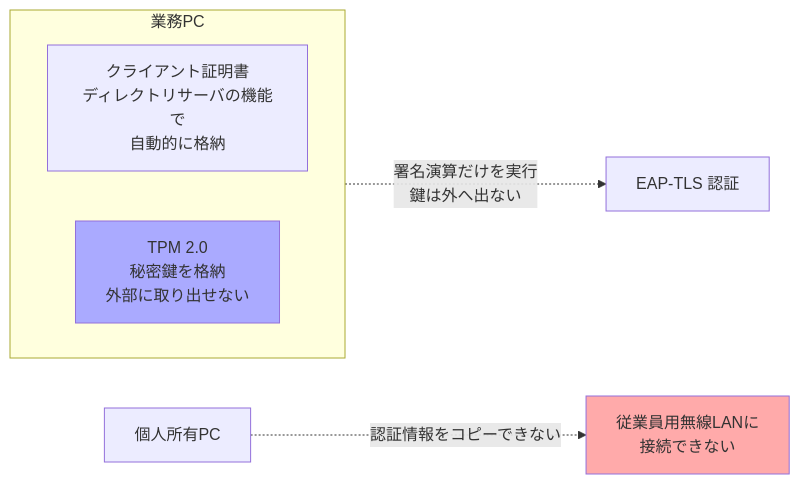
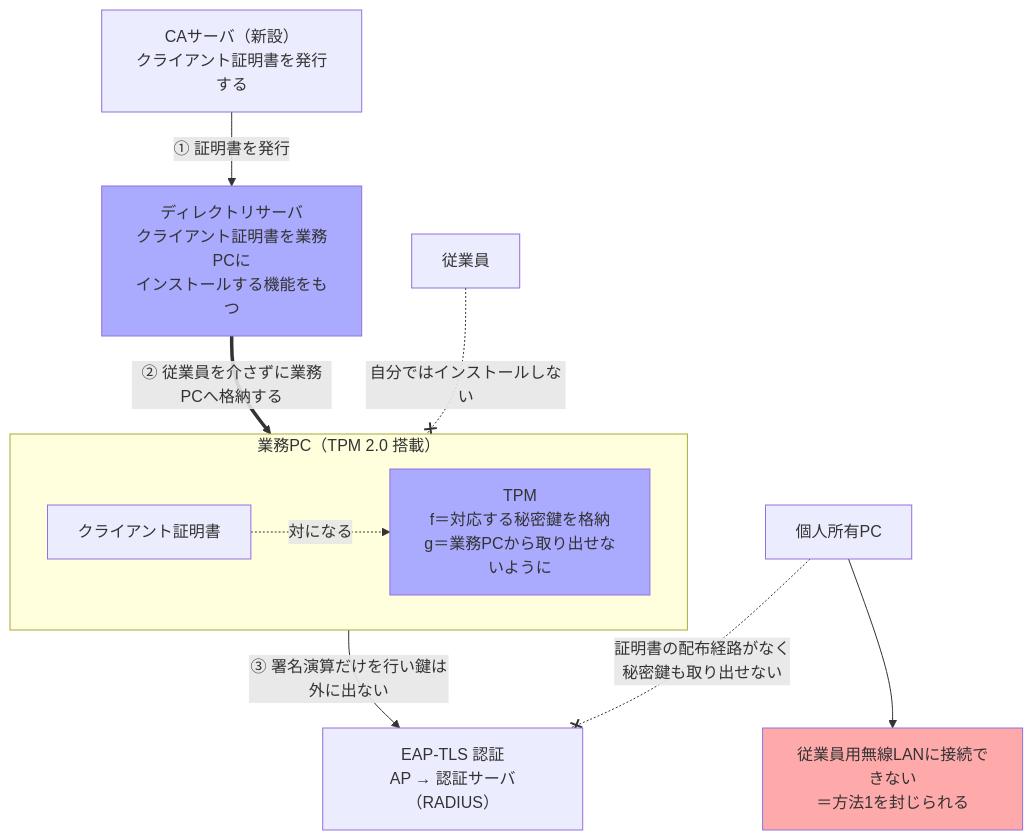
Before and after one commit to self-study-engineer/study-technology: the tenth of 28 diagrams in セキュリティ/情報処理安全確保支援士/令和5年度_秋期_午後_解説.md, drawn with Mermaid. The commit also changed other lines of this file and 2 other files, not shown here.

````diff
--- a/セキュリティ/情報処理安全確保支援士/令和5年度_秋期_午後_解説.md
+++ b/セキュリティ/情報処理安全確保支援士/令和5年度_秋期_午後_解説.md
@@ -583,12 +585,19 @@
 ```mermaid
-flowchart LR
-  subgraph PC["業務PC"]
+flowchart TD
+  CA["CAサーバ（新設）<br/>クライアント証明書を発行する"]
+  CA -->|"① 証明書を発行"| DS["ディレクトリサーバ<br/>クライアント証明書を業務PCに<br/>インストールする機能をもつ"]
+  DS ==>|"② 従業員を介さずに業務PCへ格納する"| CERT
+  EMP["従業員"] -.-x|"自分ではインストールしない"| CERT
+  subgraph PC["業務PC（TPM 2.0 搭載）"]
     direction LR
-    CERT["クライアント証明書<br/>ディレクトリサーバの機能で<br/>自動的に格納"]
-    TPM["TPM 2.0<br/>秘密鍵を格納<br/>外部に取り出せない"]
+    CERT["クライアント証明書"]
+    TPM["TPM<br/>f＝対応する秘密鍵を格納<br/>g＝業務PCから取り出せないように"]
+    CERT -.->|"対になる"| TPM
   end
-  TPM -.->|"署名演算だけを実行<br/>鍵は外へ出ない"| EAP["EAP-TLS 認証"]
-  X["個人所有PC"] -.->|"認証情報をコピーできない"| NG["従業員用無線LANに<br/>接続できない"]
+  TPM -->|"③ 署名演算だけを行い鍵は外に出ない"| EAP["EAP-TLS 認証<br/>AP → 認証サーバ（RADIUS）"]
+  OWN["個人所有PC"] -.-x|"証明書の配布経路がなく<br/>秘密鍵も取り出せない"| EAP
+  OWN --> NG["従業員用無線LANに接続できない<br/>＝方法1を封じられる"]
+  style DS fill:#aaf
   style TPM fill:#aaf
   style NG fill:#faa
 ```
````
